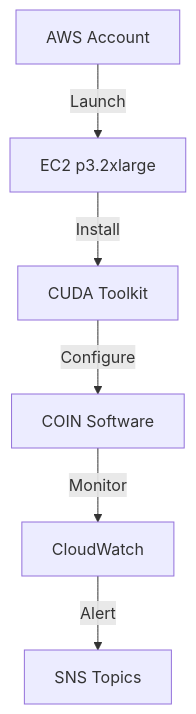
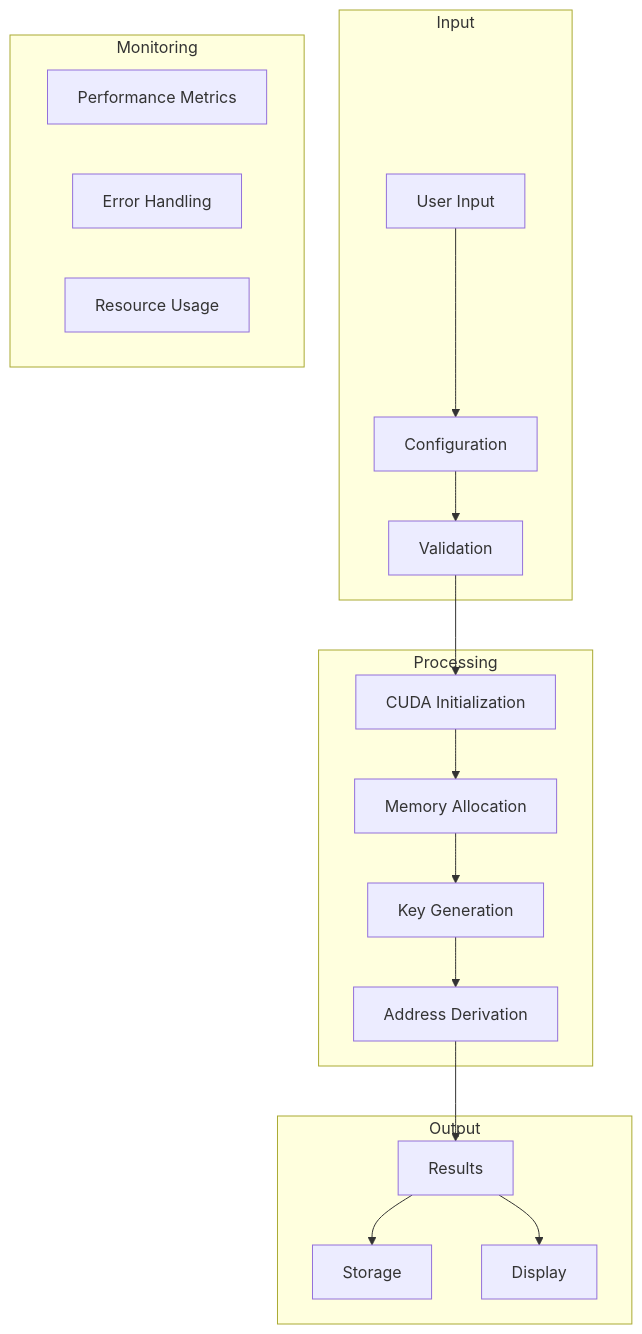
The third of 7 diagrams in README.md (donpablonows/coin), drawn with Mermaid before and after one commit. The commit also changed other lines of this file, not shown here.

````diff
--- a/README.md
+++ b/README.md
@@ -529,8 +546,26 @@
 ```mermaid
-graph TD
-    A[AWS Account] -->|Launch| B[EC2 p3.2xlarge]
-    B -->|Install| C[CUDA Toolkit]
-    C -->|Configure| D[COIN Software]
-    D -->|Monitor| E[CloudWatch]
-    E -->|Alert| F[SNS Topics]
+flowchart TD
+    subgraph Input
+        A[User Input] --> B[Configuration]
+        B --> C[Validation]
+    end
+    
+    subgraph Processing
+        C --> D[CUDA Initialization]
+        D --> E[Memory Allocation]
+        E --> F[Key Generation]
+        F --> G[Address Derivation]
+    end
+    
+    subgraph Output
+        G --> H[Results]
+        H --> I[Storage]
+        H --> J[Display]
+    end
+    
+    subgraph Monitoring
+        K[Performance Metrics]
+        L[Error Handling]
+        M[Resource Usage]
+    end
 ```
````
